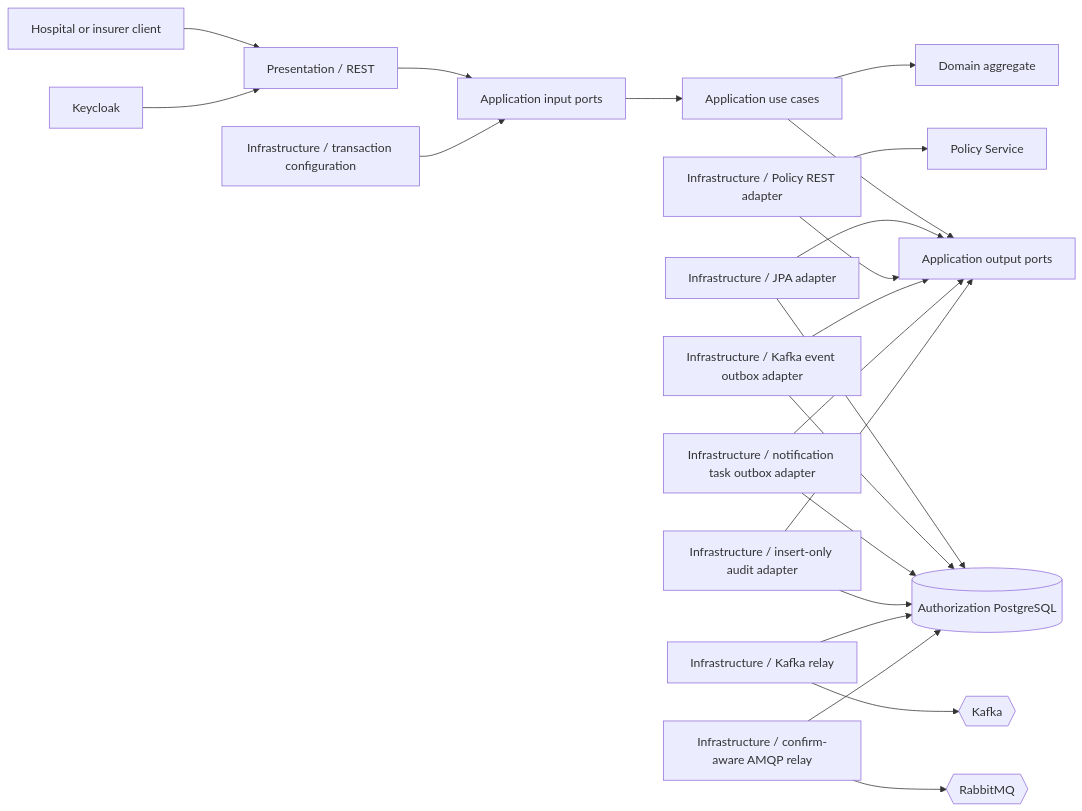
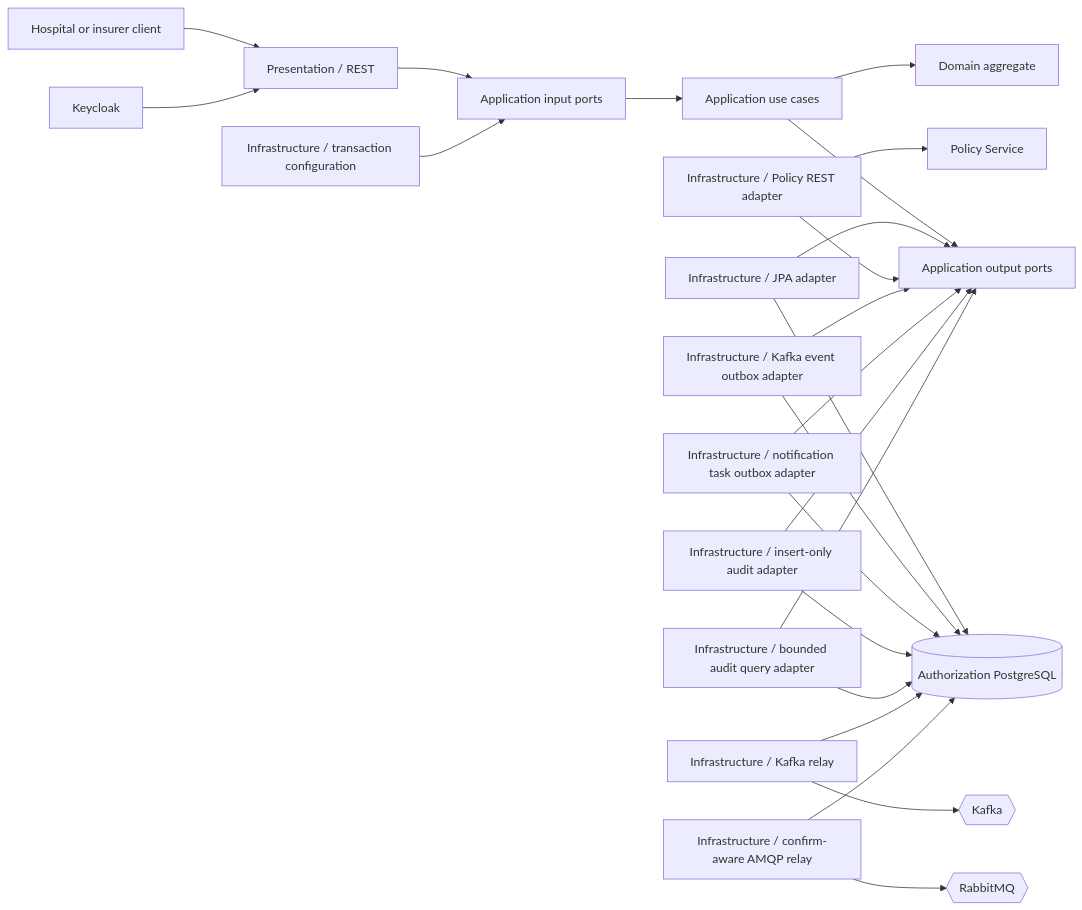
Before and after one commit to aydindemir1/health-insurance-platform: the first of 5 diagrams in docs/architecture/authorization-service.md, drawn with Mermaid. The commit also changed other lines of this file and 12 other files, not shown here.

````diff
--- a/docs/architecture/authorization-service.md
+++ b/docs/architecture/authorization-service.md
@@ -5,24 +5,26 @@
 ```mermaid
 flowchart LR
     Client[Hospital or insurer client] --> Presentation[Presentation / REST]
     Presentation --> InputPorts[Application input ports]
     InputPorts --> UseCases[Application use cases]
     UseCases --> Domain[Domain aggregate]
     UseCases --> OutputPorts[Application output ports]
     Persistence[Infrastructure / JPA adapter] --> OutputPorts
     PolicyAdapter[Infrastructure / Policy REST adapter] --> OutputPorts
     EventOutbox[Infrastructure / Kafka event outbox adapter] --> OutputPorts
     TaskOutbox[Infrastructure / notification task outbox adapter] --> OutputPorts
     AuditAdapter[Infrastructure / insert-only audit adapter] --> OutputPorts
+    AuditQueryAdapter[Infrastructure / bounded audit query adapter] --> OutputPorts
     Relay[Infrastructure / Kafka relay] --> Kafka{{Kafka}}
     NotificationRelay[Infrastructure / confirm-aware AMQP relay] --> Rabbit{{RabbitMQ}}
     Persistence --> Database[(Authorization PostgreSQL)]
     PolicyAdapter --> Policy[Policy Service]
     EventOutbox --> Database
     TaskOutbox --> Database
     AuditAdapter --> Database
+    AuditQueryAdapter --> Database
     Relay --> Database
     NotificationRelay --> Database
     Configuration[Infrastructure / transaction configuration] --> InputPorts
     Keycloak[Keycloak] --> Presentation
 ```
````
